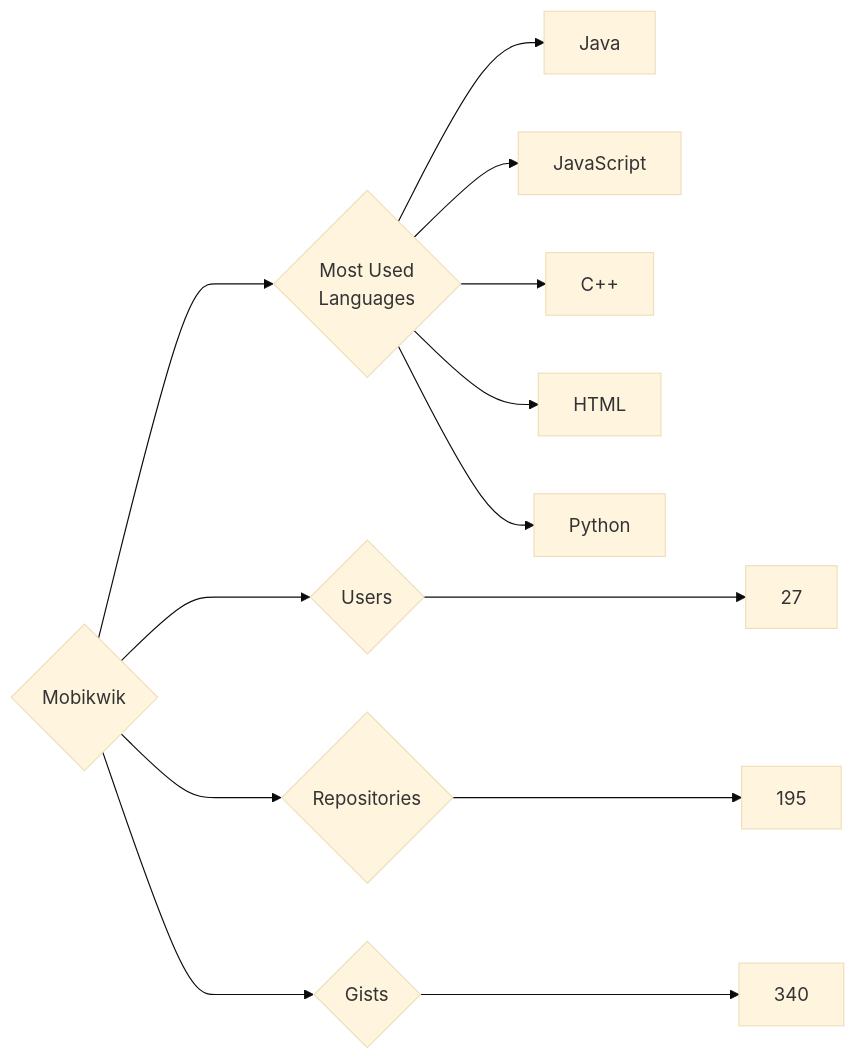
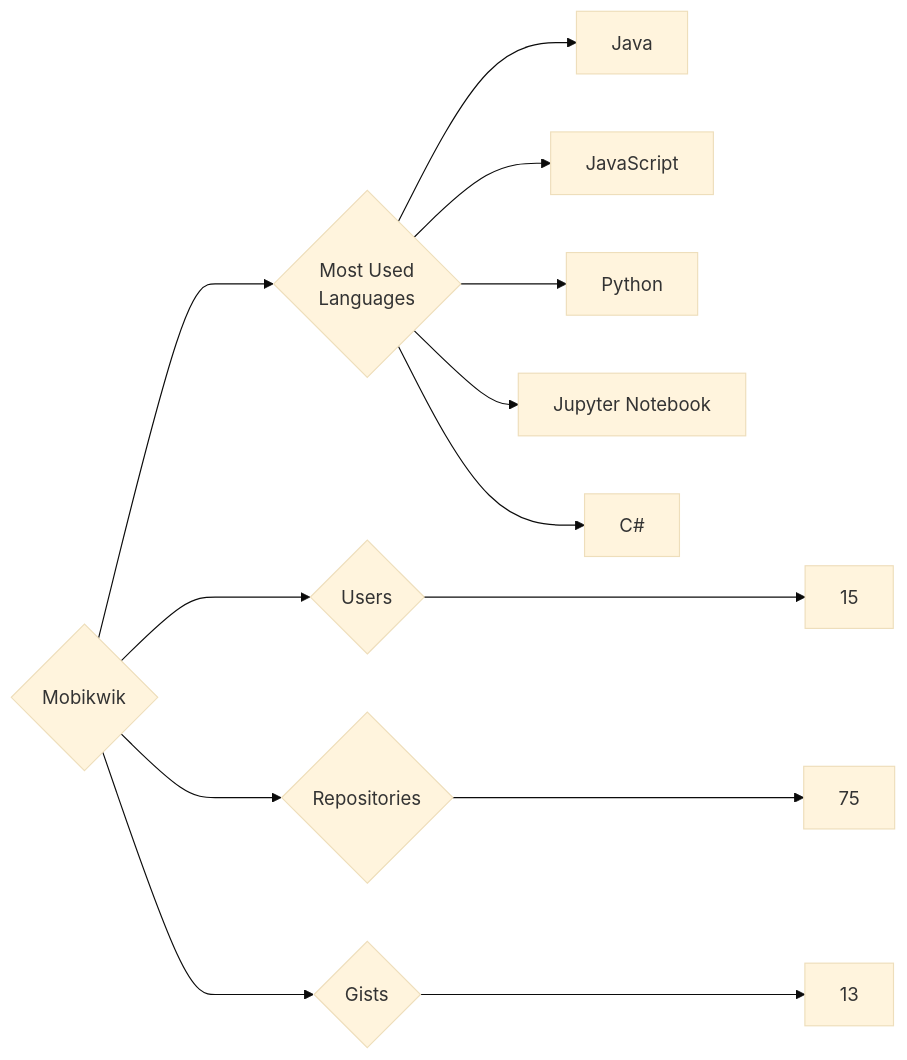
Before and after one commit to trickest/insiders: the diagram in targets/Mobikwik/README.md, drawn with Mermaid (base theme). The commit also changed 582 other files, not shown here.

````diff
--- a/targets/Mobikwik/README.md
+++ b/targets/Mobikwik/README.md
@@ -3,13 +3,13 @@
 ```mermaid
 graph LR
 COMPANY_NAME{Mobikwik}
-COMPANY_NAME ---> U{Users} ---> UN[27]
-COMPANY_NAME ---> R{Repositories} ---> RN[195]
-COMPANY_NAME ---> G{Gists} ---> GN[340]
+COMPANY_NAME ---> U{Users} ---> UN[15]
+COMPANY_NAME ---> R{Repositories} ---> RN[75]
+COMPANY_NAME ---> G{Gists} ---> GN[13]
 COMPANY_NAME ---> ML{Most Used<br>Languages}
 ML --> Java[Java]
 ML --> JavaScript[JavaScript]
-ML --> C++[C++]
-ML --> HTML[HTML]
 ML --> Python[Python]
+ML --> Jupyter_Notebook[Jupyter Notebook]
+ML --> C#[C#]
 ```
````
